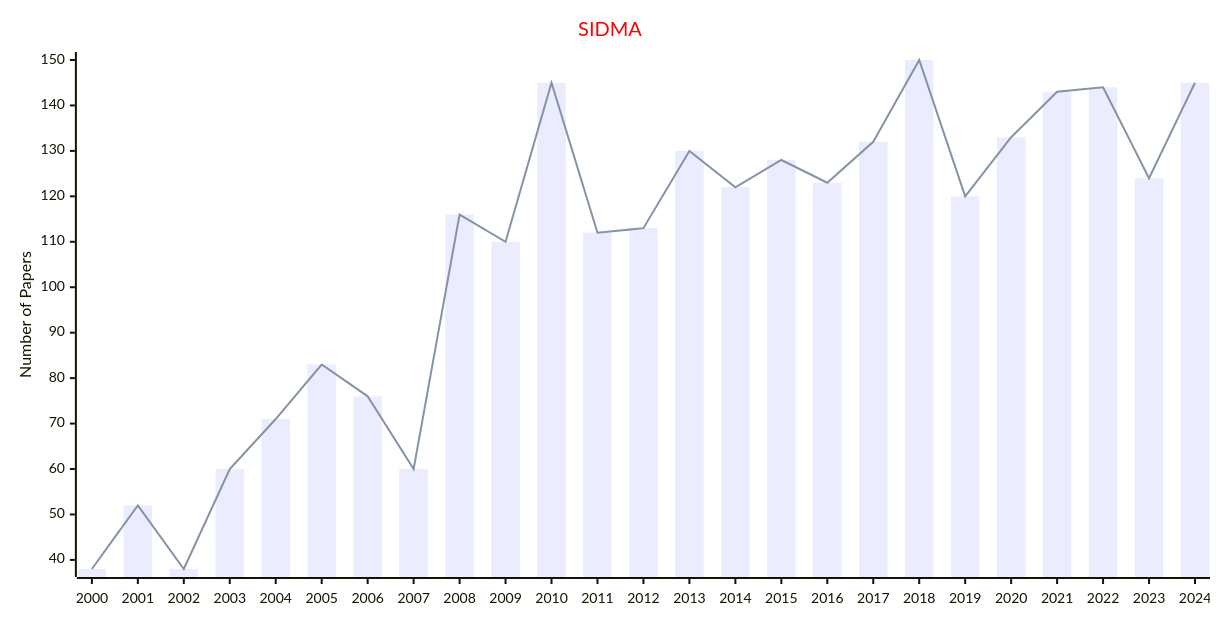
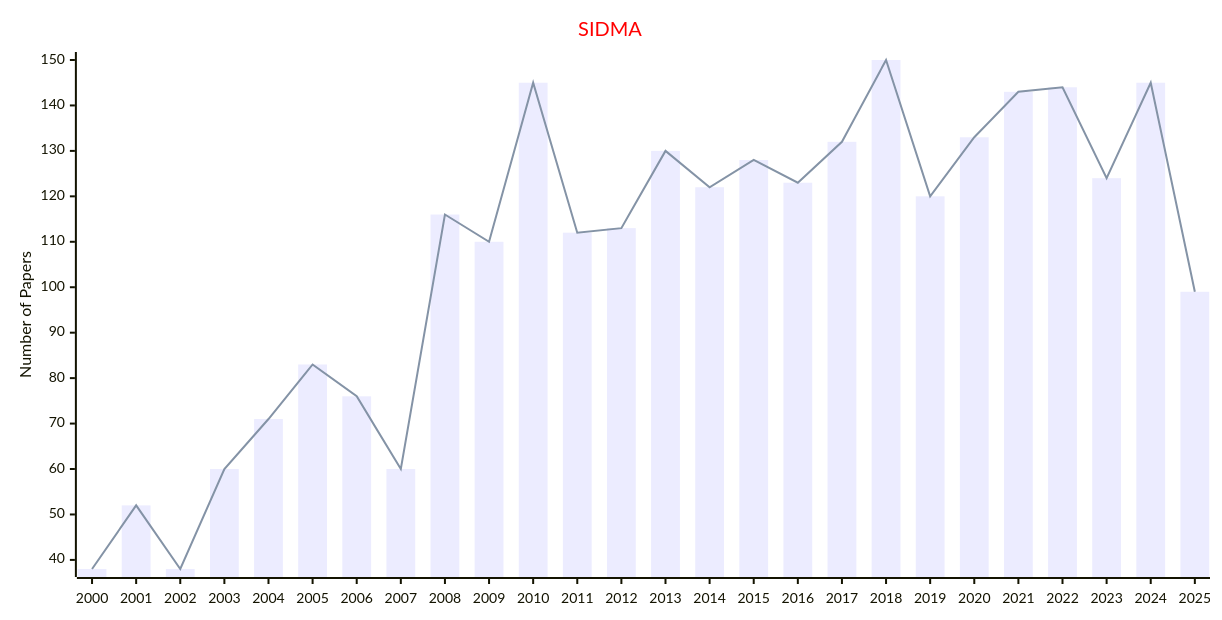
Before and after one commit to Easy-PhD/AILinks: diagram 12 of 20 in docs/data/Journals/Statistics_Journals/Mathematics.md, drawn with Mermaid. The commit also changed other lines of this file and 93 other files, not shown here.

````diff
--- a/docs/data/Journals/Statistics_Journals/Mathematics.md
+++ b/docs/data/Journals/Statistics_Journals/Mathematics.md
@@ -273,17 +273,17 @@
 ```mermaid
 ---
 config:
     xyChart:
         width: 1200
         height: 600
     themeVariables:
         xyChart:
             titleColor: "#ff0000"
 ---
 xychart-beta
     title "SIDMA"
-    x-axis [2000, 2001, 2002, 2003, 2004, 2005, 2006, 2007, 2008, 2009, 2010, 2011, 2012, 2013, 2014, 2015, 2016, 2017, 2018, 2019, 2020, 2021, 2022, 2023, 2024]
+    x-axis [2000, 2001, 2002, 2003, 2004, 2005, 2006, 2007, 2008, 2009, 2010, 2011, 2012, 2013, 2014, 2015, 2016, 2017, 2018, 2019, 2020, 2021, 2022, 2023, 2024, 2025]
     y-axis "Number of Papers"
-    bar [38, 52, 38, 60, 71, 83, 76, 60, 116, 110, 145, 112, 113, 130, 122, 128, 123, 132, 150, 120, 133, 143, 144, 124, 145]
-    line [38, 52, 38, 60, 71, 83, 76, 60, 116, 110, 145, 112, 113, 130, 122, 128, 123, 132, 150, 120, 133, 143, 144, 124, 145]
+    bar [38, 52, 38, 60, 71, 83, 76, 60, 116, 110, 145, 112, 113, 130, 122, 128, 123, 132, 150, 120, 133, 143, 144, 124, 145, 99]
+    line [38, 52, 38, 60, 71, 83, 76, 60, 116, 110, 145, 112, 113, 130, 122, 128, 123, 132, 150, 120, 133, 143, 144, 124, 145, 99]
 ```
````
